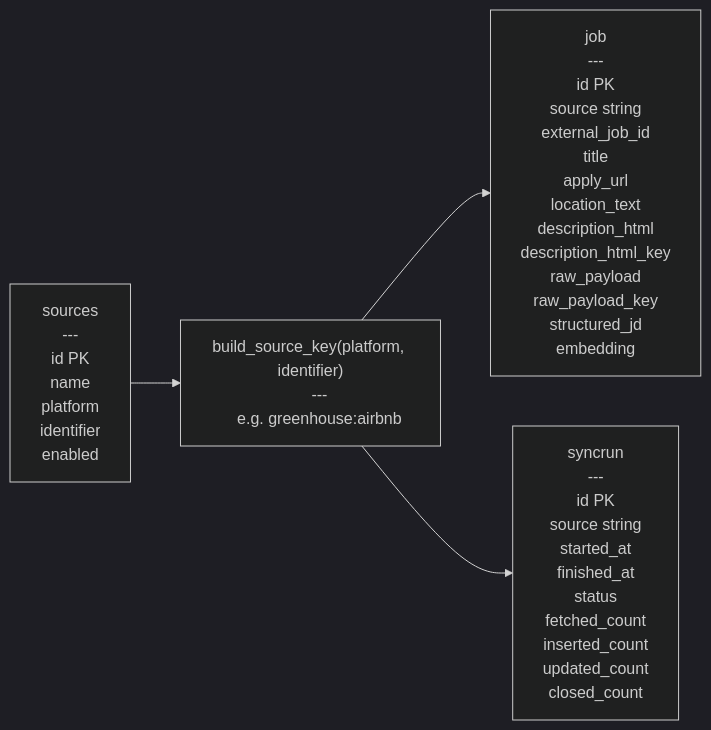
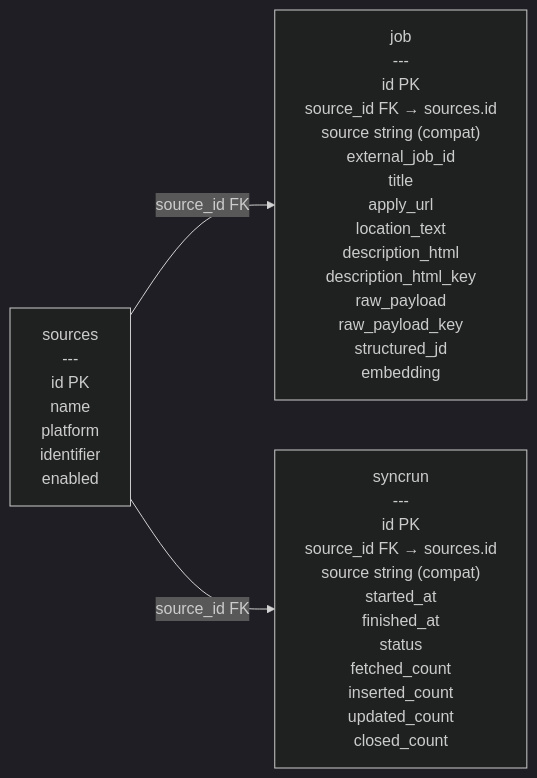
One commit to DengNaichen/job changed the third of 5 diagrams in docs/architecture/README.md. Above: the diagram before and after it, drawn with Mermaid (dark theme). The commit also changed other lines of this file and 61 other files, not shown here.

````diff
--- a/docs/architecture/README.md
+++ b/docs/architecture/README.md
@@ -136,45 +136,42 @@
 ```mermaid
 flowchart LR
     S["sources
     ---
     id PK
     name
     platform
     identifier
     enabled"]
 
     J["job
     ---
     id PK
-    source string
+    source_id FK → sources.id
+    source string (compat)
     external_job_id
     title
     apply_url
     location_text
     description_html
     description_html_key
     raw_payload
     raw_payload_key
     structured_jd
     embedding"]
 
     R["syncrun
     ---
     id PK
-    source string
+    source_id FK → sources.id
+    source string (compat)
     started_at
     finished_at
     status
     fetched_count
     inserted_count
     updated_count
     closed_count"]
 
-    K["build_source_key(platform, identifier)
-    ---
-    e.g. greenhouse:airbnb"]
-
-    S --> K
-    K --> J
-    K --> R
+    S -->|source_id FK| J
+    S -->|source_id FK| R
 ```
````
